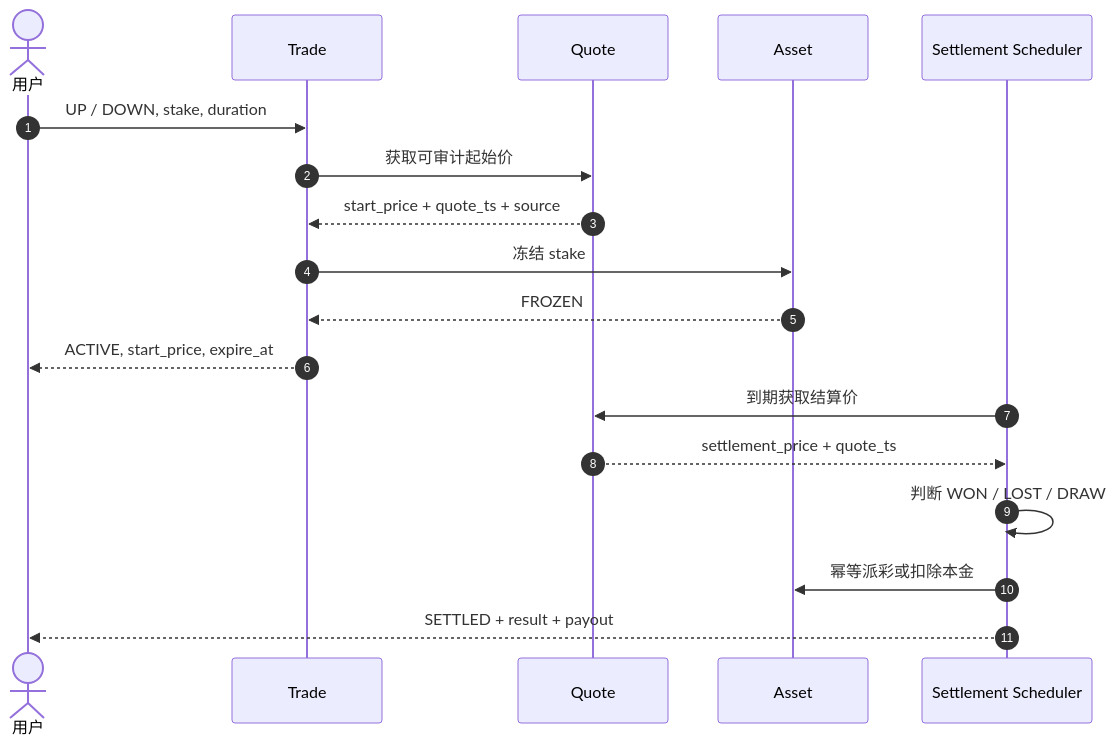
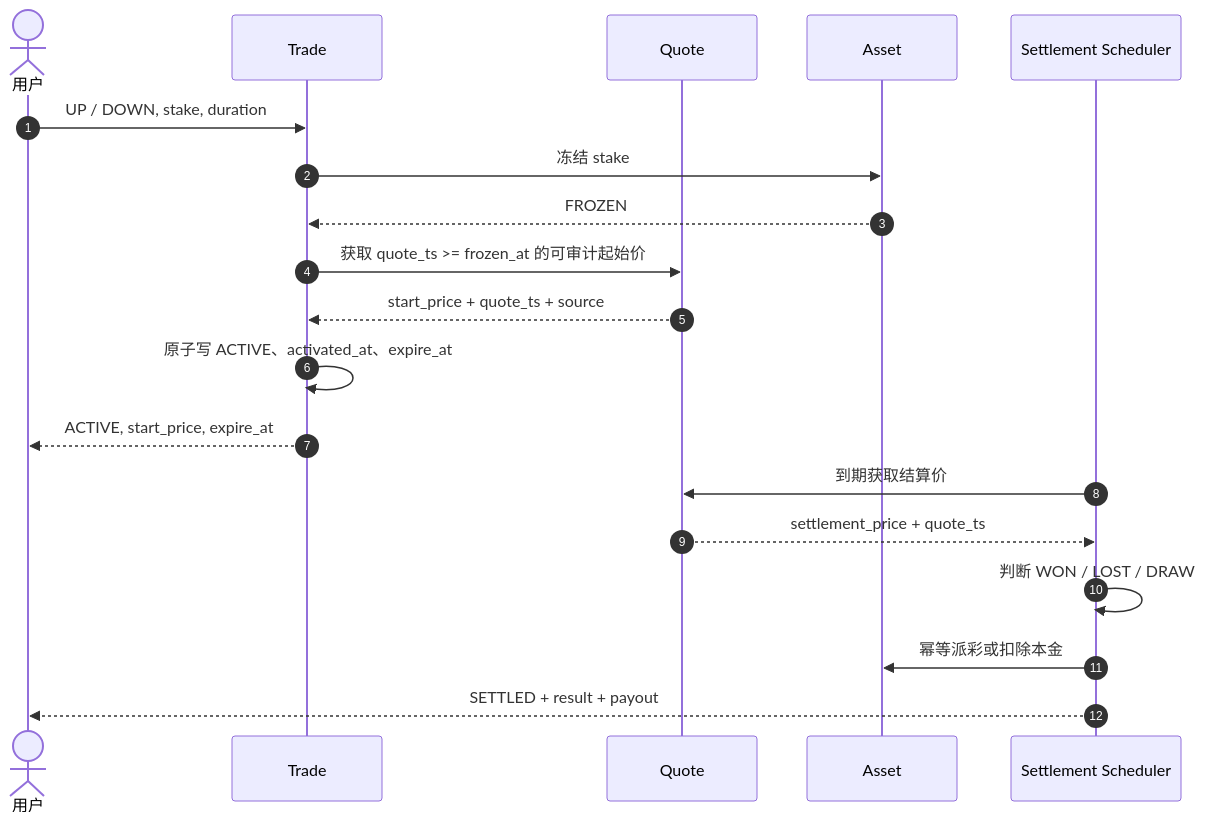
One commit to colbort/wklive changed diagram 11 of 17 in services/trade/docs/order-lifecycle-design.md. Above: the diagram before and after it, drawn with Mermaid. The commit also changed other lines of this file and 85 other files, not shown here.

````diff
--- a/services/trade/docs/order-lifecycle-design.md
+++ b/services/trade/docs/order-lifecycle-design.md
@@ -255,21 +343,22 @@
 ```mermaid
 sequenceDiagram
     autonumber
     actor U as 用户
     participant T as Trade
     participant Q as Quote
     participant A as Asset
     participant J as Settlement Scheduler
 
     U->>T: UP / DOWN, stake, duration
-    T->>Q: 获取可审计起始价
-    Q-->>T: start_price + quote_ts + source
     T->>A: 冻结 stake
     A-->>T: FROZEN
+    T->>Q: 获取 quote_ts >= frozen_at 的可审计起始价
+    Q-->>T: start_price + quote_ts + source
+    T->>T: 原子写 ACTIVE、activated_at、expire_at
     T-->>U: ACTIVE, start_price, expire_at
     J->>Q: 到期获取结算价
     Q-->>J: settlement_price + quote_ts
     J->>J: 判断 WON / LOST / DRAW
     J->>A: 幂等派彩或扣除本金
     J-->>U: SETTLED + result + payout
 ```
````
